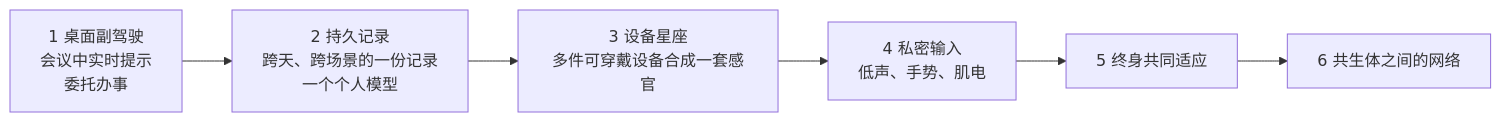
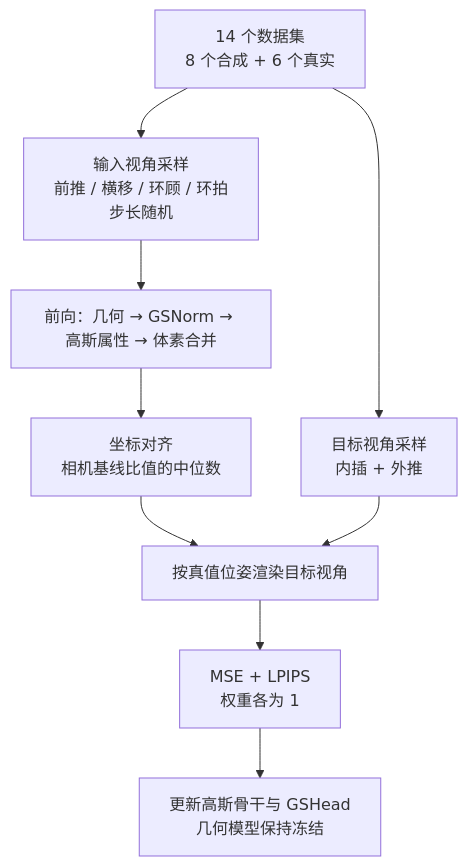
The fourth of 4 diagrams in docs/index.md (yingwang/paper-reads), drawn with Mermaid before and after one commit. The commit also changed other lines of this file and 2 other files, not shown here.

````diff
--- a/docs/index.md
+++ b/docs/index.md
@@ -266,8 +166,11 @@
 ```mermaid
-flowchart LR
-    S1["1 桌面副驾驶<br/>会议中实时提示<br/>委托办事"] --> S2["2 持久记录<br/>跨天、跨场景的一份记录<br/>一个个人模型"]
-    S2 --> S3["3 设备星座<br/>多件可穿戴设备合成一套感官"]
-    S3 --> S4["4 私密输入<br/>低声、手势、肌电"]
-    S4 --> S5["5 终身共同适应"]
-    S5 --> S6["6 共生体之间的网络"]
+flowchart TD
+    S1["14 个数据集<br/>8 个合成 + 6 个真实"] --> S2["输入视角采样<br/>前推 / 横移 / 环顾 / 环拍<br/>步长随机"]
+    S1 --> S3["目标视角采样<br/>内插 + 外推"]
+    S2 --> F["前向：几何 → GSNorm → 高斯属性 → 体素合并"]
+    F --> A["坐标对齐<br/>相机基线比值的中位数"]
+    A --> R["按真值位姿渲染目标视角"]
+    S3 --> R
+    R --> L["MSE + LPIPS<br/>权重各为 1"]
+    L --> U["更新高斯骨干与 GSHead<br/>几何模型保持冻结"]
 ```
````
